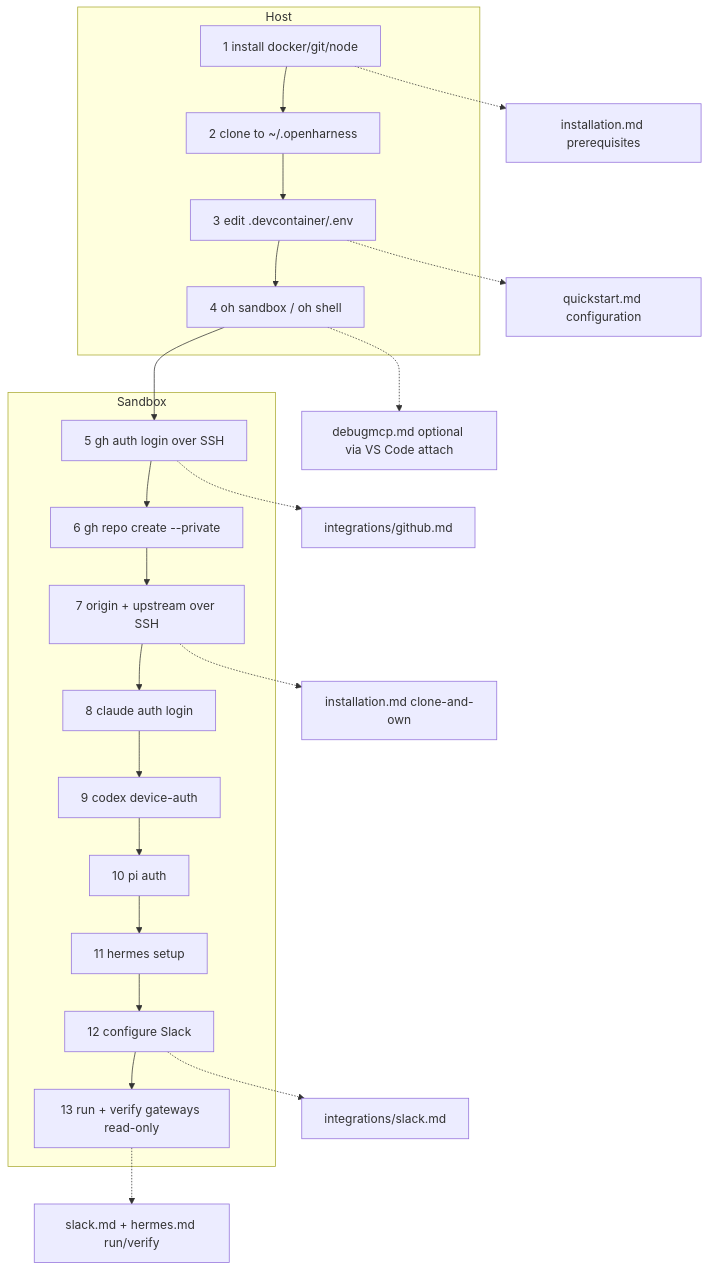
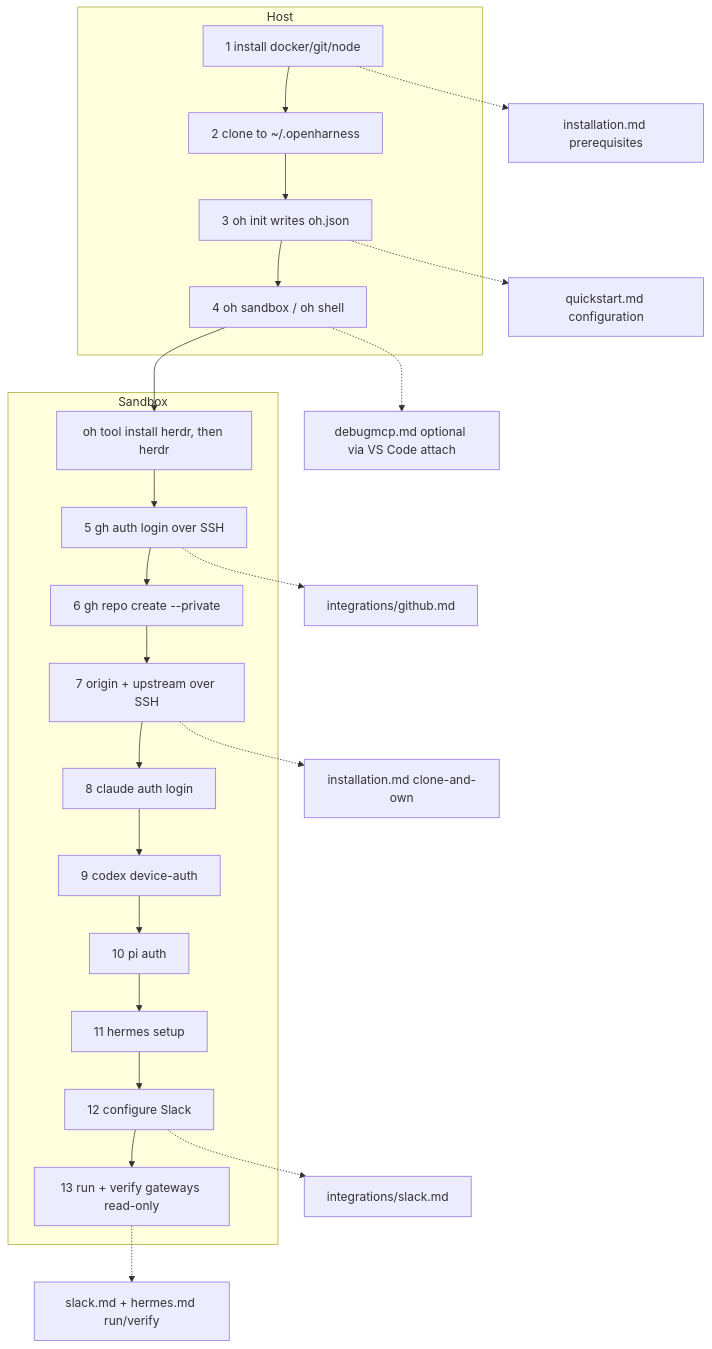
Before and after one commit to mifunedev/openharness: the diagram in .oh/knowledge/source/fresh-machine-setup.md, drawn with Mermaid. The commit also changed other lines of this file and 5 other files, not shown here.

````diff
--- a/.oh/knowledge/source/fresh-machine-setup.md
+++ b/.oh/knowledge/source/fresh-machine-setup.md
@@ -78,26 +78,27 @@
 ```mermaid
 flowchart TD
   subgraph Host
     S1[1 install docker/git/node] --> S2[2 clone to ~/.openharness]
-    S2 --> S3[3 edit .devcontainer/.env]
+    S2 --> S3[3 oh init writes oh.json]
     S3 --> S4[4 oh sandbox / oh shell]
   end
   subgraph Sandbox
-    S4 --> S5[5 gh auth login over SSH]
+    S4 --> S4b[oh tool install herdr, then herdr]
+    S4b --> S5[5 gh auth login over SSH]
     S5 --> S6[6 gh repo create --private]
     S6 --> S7[7 origin + upstream over SSH]
     S7 --> S8[8 claude auth login]
     S8 --> S9[9 codex device-auth]
     S9 --> S10[10 pi auth]
     S10 --> S11[11 hermes setup]
     S11 --> S12[12 configure Slack]
     S12 --> S13[13 run + verify gateways read-only]
   end
   S1 -.-> D1[installation.md prerequisites]
   S3 -.-> D2[quickstart.md configuration]
   S5 -.-> D3[integrations/github.md]
   S7 -.-> D4[installation.md clone-and-own]
   S4 -.-> D6[debugmcp.md optional via VS Code attach]
   S12 -.-> D7[integrations/slack.md]
   S13 -.-> D8[slack.md + hermes.md run/verify]
 ```
````
